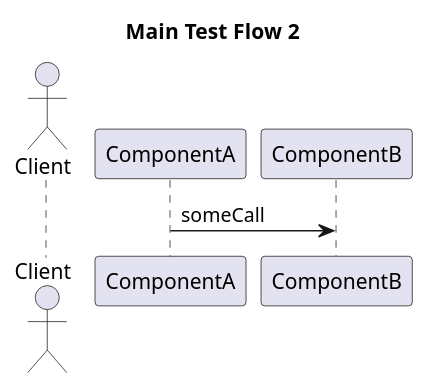
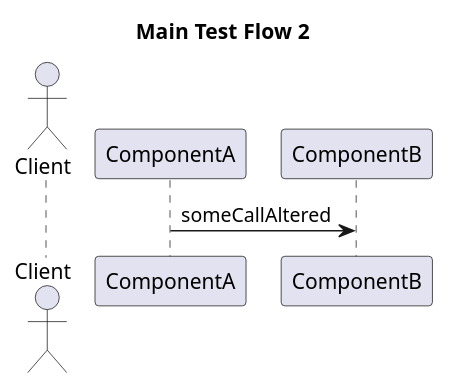
The diagram in src/main/mkdocs/docs/flows/test-flow2/test-flow.puml (jcwatts2/test-docs), drawn with PlantUML before and after one commit.

Commit message:
Altered method name

```diff
--- a/src/main/mkdocs/docs/flows/test-flow2/test-flow.puml
+++ b/src/main/mkdocs/docs/flows/test-flow2/test-flow.puml
@@ -1,13 +1,13 @@
 @startuml
 
     title Main Test Flow 2
 
     actor Client as client
 
     participant ComponentA as a
     participant ComponentB as b
 
 
-    a -> b : someCall
+    a -> b : someCallAltered
 
 @enduml
```
